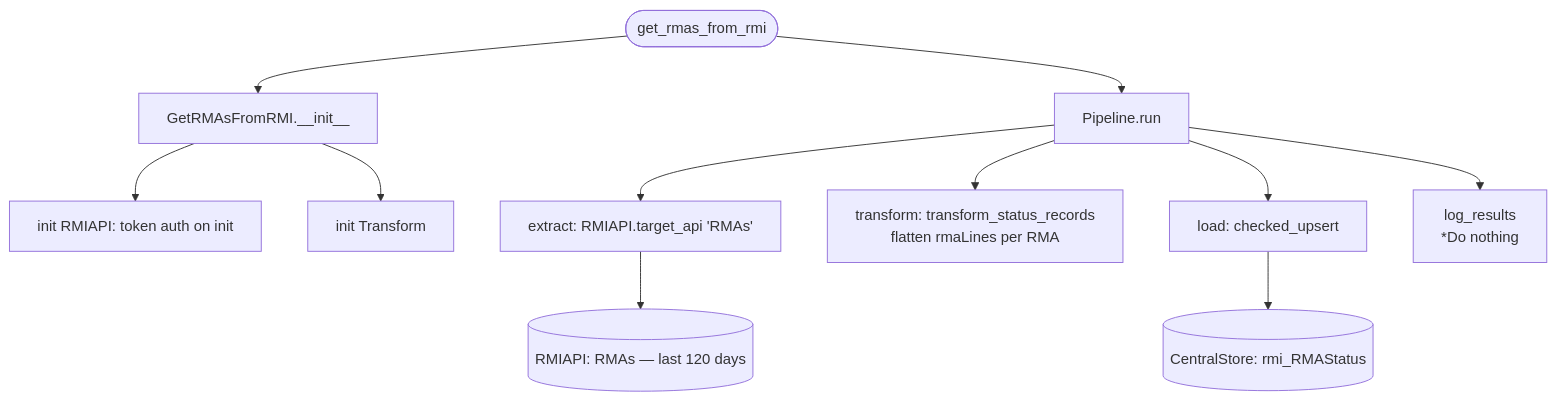
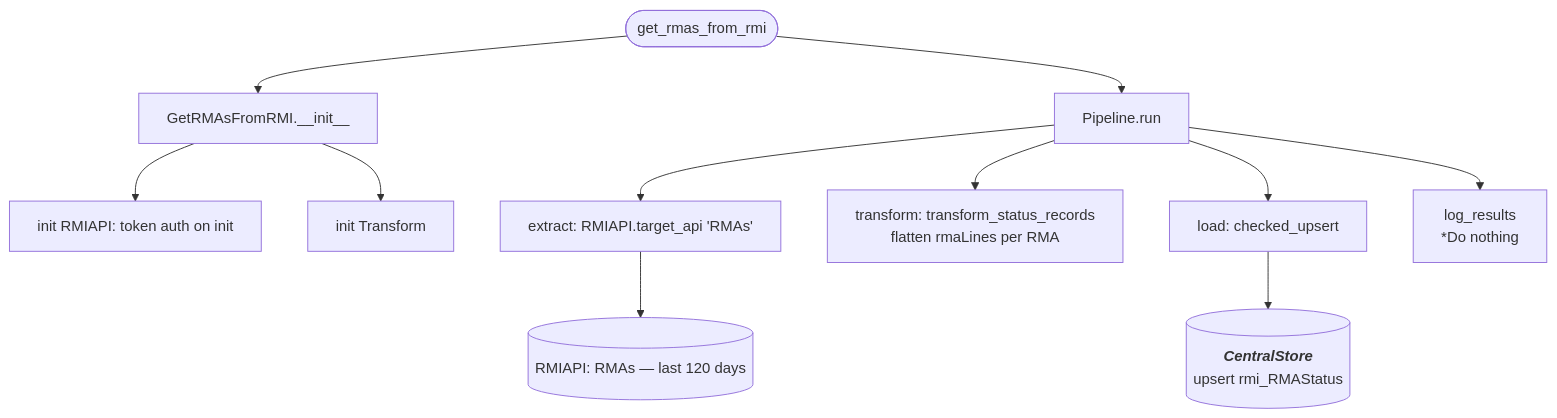
Before and after one commit to journeyhl/integration-platform: the diagram in docs/pipelines/get_rmas_from_rmi.md, drawn with Mermaid. The commit also changed 25 other files, not shown here.

````diff
--- a/docs/pipelines/get_rmas_from_rmi.md
+++ b/docs/pipelines/get_rmas_from_rmi.md
@@ -1,18 +1,21 @@
 ```mermaid
 %%{init: {"flowchart": {"wrappingWidth": 400}}}%%
 flowchart TD
     A([get_rmas_from_rmi]) --> B[GetRMAsFromRMI.__init__]
     B --> B1[init RMIAPI: token auth on init]
     B --> B2[init Transform]
     A --> RUN[Pipeline.run]
 
     RUN --> EX[extract: RMIAPI.target_api 'RMAs']
     EX --> D1[(RMIAPI: RMAs — last 120 days)]
 
     RUN --> TR[transform: transform_status_records<br/>flatten rmaLines per RMA]
 
     RUN --> LD[load: checked_upsert]
-    LD --> CS1[(CentralStore: rmi_RMAStatus)]
+    LD --> CS1[(
+        <b><i>CentralStore</i></b>
+        upsert rmi_RMAStatus
+    )]
 
     RUN --> LR[log_results<br/>*Do nothing]
 ```
````
